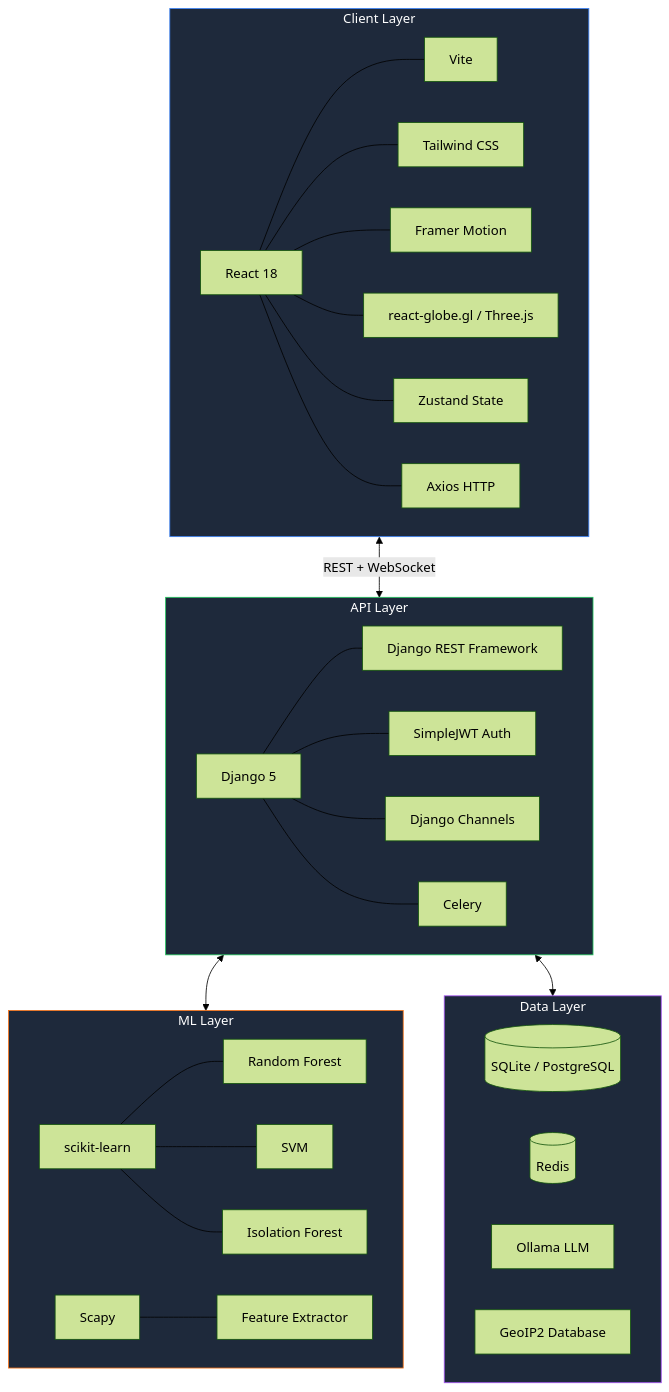
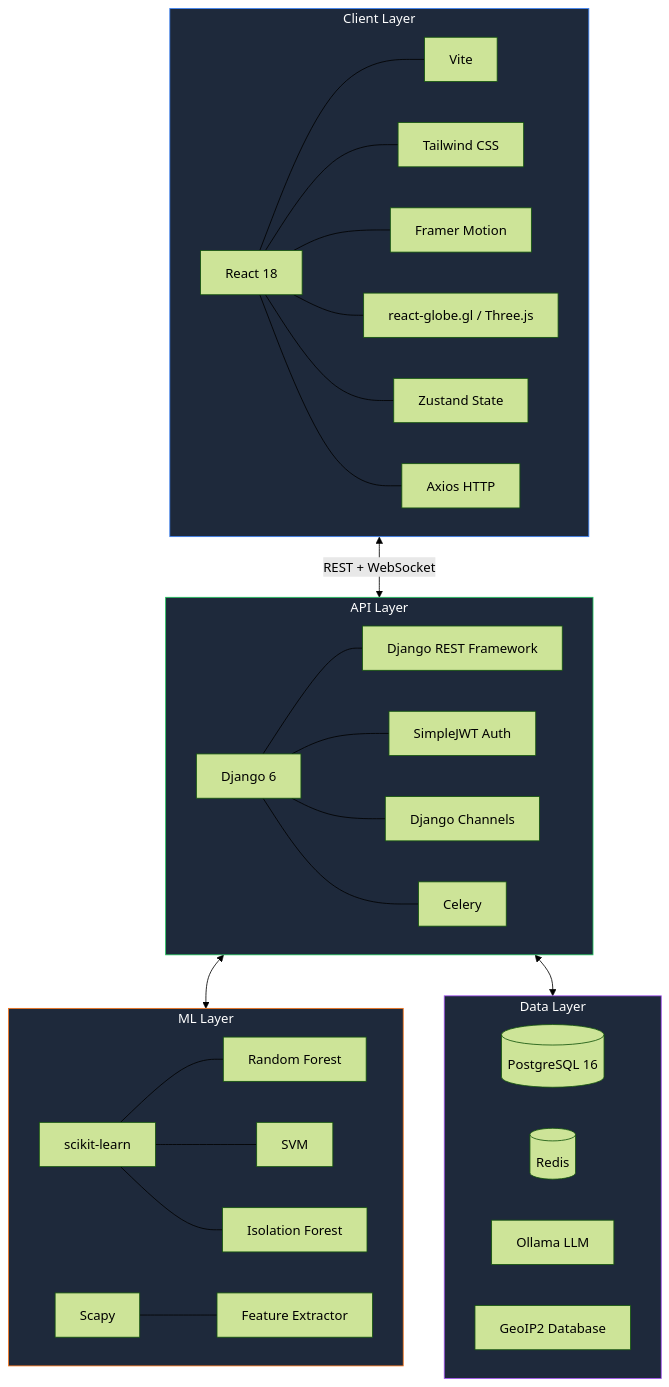
One commit to AnishVIP03/duriandetector changed the fourth of 8 diagrams in docs/workflow-diagrams.md. Above: the diagram before and after it, drawn with Mermaid (forest theme). The commit also changed other lines of this file and 4 other files, not shown here.

First line of the commit message:
Add comprehensive UML diagrams for FYP report

````diff
--- a/docs/workflow-diagrams.md
+++ b/docs/workflow-diagrams.md
@@ -219,41 +219,41 @@
 ```mermaid
 flowchart TB
     subgraph Client ["Client Layer"]
         R[React 18] --- V[Vite]
         R --- TW[Tailwind CSS]
         R --- FM[Framer Motion]
         R --- GL[react-globe.gl / Three.js]
         R --- ZS[Zustand State]
         R --- AX[Axios HTTP]
     end
 
     subgraph API ["API Layer"]
-        DJ[Django 5] --- DRF[Django REST Framework]
+        DJ[Django 6] --- DRF[Django REST Framework]
         DJ --- JWT[SimpleJWT Auth]
         DJ --- CH[Django Channels]
         DJ --- CL[Celery]
     end
 
     subgraph ML ["ML Layer"]
         SK[scikit-learn] --- RF[Random Forest]
         SK --- SVM[SVM]
         SK --- IF[Isolation Forest]
         SC[Scapy] --- FE[Feature Extractor]
     end
 
     subgraph Data ["Data Layer"]
-        DB[(SQLite / PostgreSQL)]
+        DB[(PostgreSQL 16)]
         RD[(Redis)]
         OL[Ollama LLM]
         GI[GeoIP2 Database]
     end
 
     Client <-->|REST + WebSocket| API
     API <--> ML
     API <--> Data
 
     style Client fill:#1e293b,stroke:#3b82f6,color:#fff
     style API fill:#1e293b,stroke:#22c55e,color:#fff
     style ML fill:#1e293b,stroke:#f97316,color:#fff
     style Data fill:#1e293b,stroke:#a855f7,color:#fff
 ```
````
